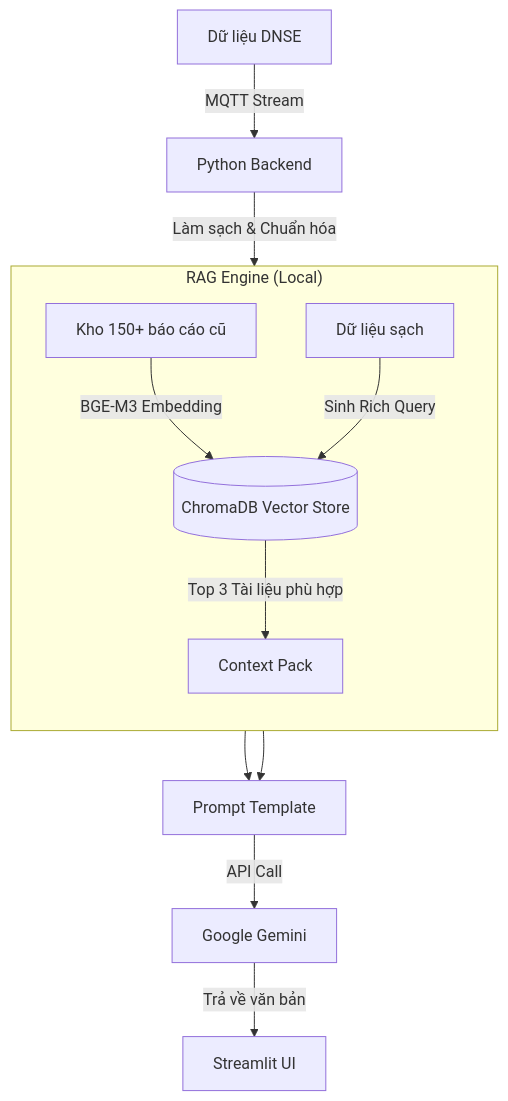
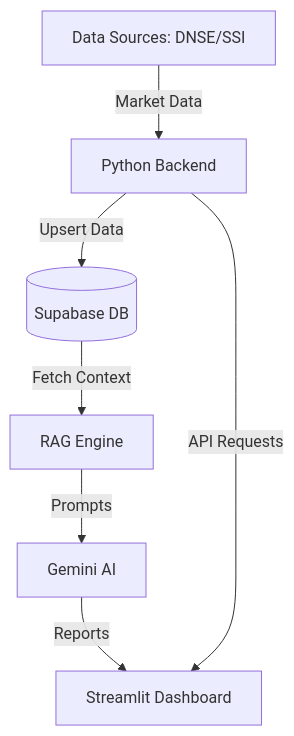
Before and after one commit to NDPhuu/mirae-automation: the diagram in README.md, drawn with Mermaid. The commit also changed other lines of this file and 3 other files, not shown here.

````diff
--- a/README.md
+++ b/README.md
@@ -36,35 +33,9 @@
 ```mermaid
 graph TD
-
-    %% ============================
-    %% LAYER 1: DATA INGESTION
-    %% ============================
-    A[Dữ liệu DNSE] -->|MQTT Stream| B[Python Backend]
-    B -->|Làm sạch & Chuẩn hóa| C[Dữ liệu sạch]
-
-    %% ============================
-    %% LAYER 2: RAG ENGINE (LOCAL)
-    %% ============================
-    subgraph RAG["RAG Engine (Local)"]
-        direction TB
-        D[Kho 150+ báo cáo cũ] -->|BGE-M3 Embedding| E[(ChromaDB Vector Store)]
-        C -->|Sinh Rich Query| E
-        E -->|Top 3 Tài liệu phù hợp| F[Context Pack]
-    end
-
-    %% ============================
-    %% LAYER 3: PROMPTING
-    %% ============================
-    C --> G[Prompt Template]
-    F --> G
-
-    %% ============================
-    %% LAYER 4: LLM
-    %% ============================
-    G -->|API Call| H[Google Gemini]
-
-    %% ============================
-    %% LAYER 5: UI
-    %% ============================
-    H -->|Trả về văn bản| I[Streamlit UI]
+    A[Data Sources: DNSE/SSI] -->|Market Data| B[Python Backend]
+    B -->|Upsert Data| C[(Supabase DB)]
+    C -->|Fetch Context| D[RAG Engine]
+    D -->|Prompts| E[Gemini AI]
+    E -->|Reports| F[Streamlit Dashboard]
+    B -->|API Requests| F
 ```
````
